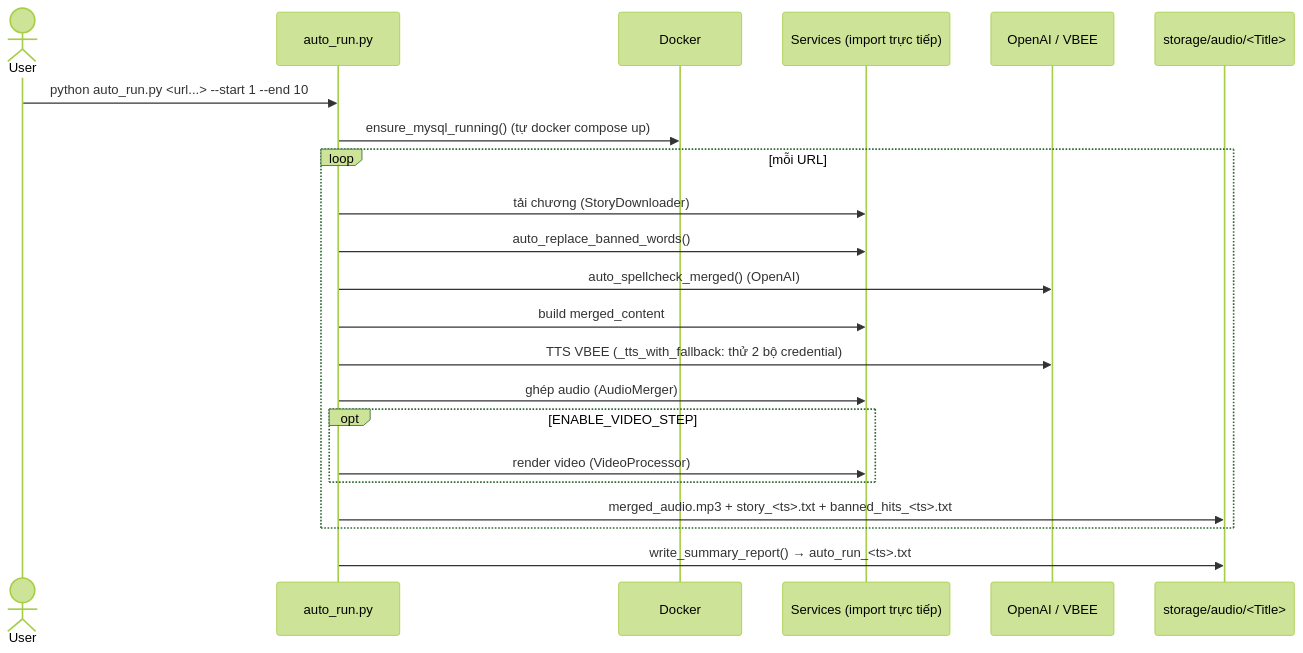
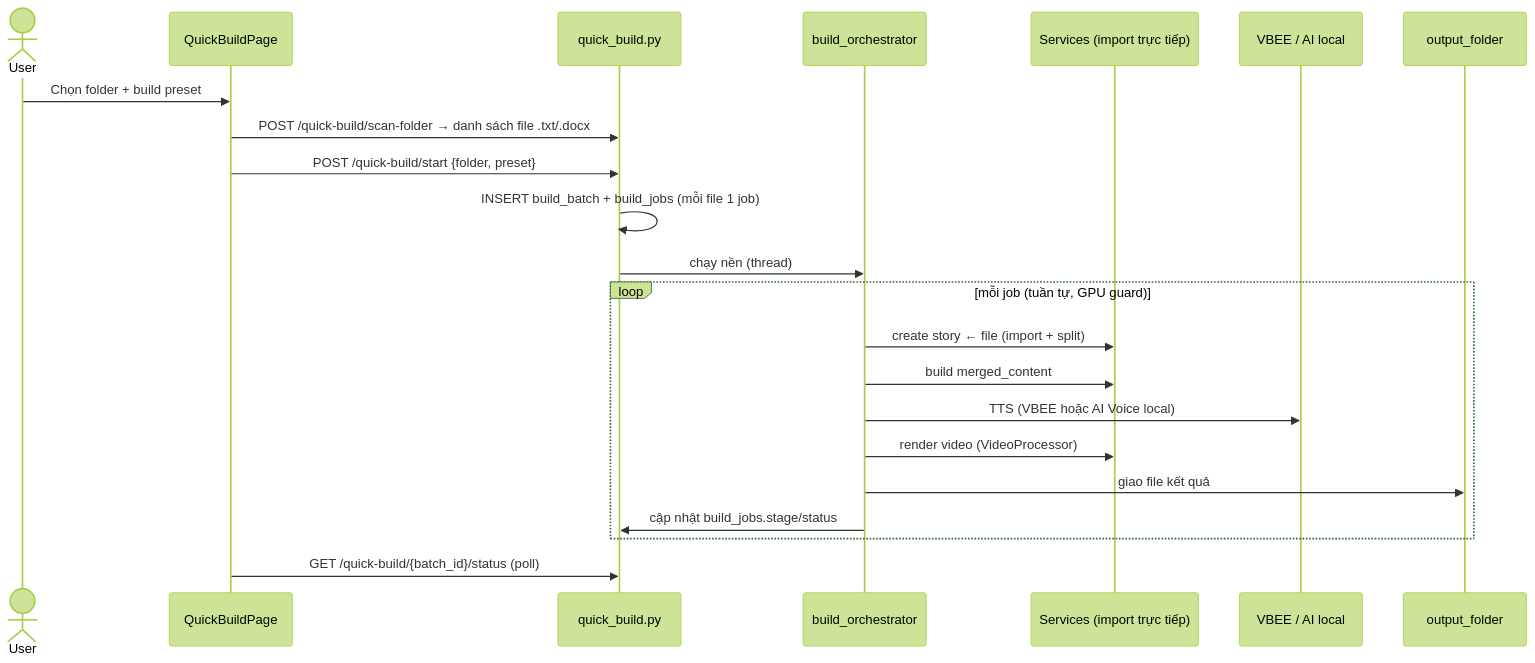
The eighth of 8 diagrams in docs/PROJECT_DOCUMENTATION.md (Duoclv-tech/App-audio-story), drawn with Mermaid (forest theme) before and after one commit. The commit also changed other lines of this file and 4 other files, not shown here.

````diff
--- a/docs/PROJECT_DOCUMENTATION.md
+++ b/docs/PROJECT_DOCUMENTATION.md
@@ -639,25 +682,25 @@
 ```mermaid
 sequenceDiagram
     actor User
-    participant CLI as auto_run.py
-    participant DK as Docker
+    participant FE as QuickBuildPage
+    participant API as quick_build.py
+    participant OR as build_orchestrator
     participant SV as Services (import trực tiếp)
-    participant EXT as OpenAI / VBEE
-    participant FS as storage/audio/<Title>
+    participant EXT as VBEE / AI local
+    participant FS as output_folder
 
-    User->>CLI: python auto_run.py <url...> --start 1 --end 10
-    CLI->>DK: ensure_mysql_running() (tự docker compose up)
-    loop mỗi URL
-        CLI->>SV: tải chương (StoryDownloader)
-        CLI->>SV: auto_replace_banned_words()
-        CLI->>EXT: auto_spellcheck_merged() (OpenAI)
-        CLI->>SV: build merged_content
-        CLI->>EXT: TTS VBEE (_tts_with_fallback: thử 2 bộ credential)
-        CLI->>SV: ghép audio (AudioMerger)
-        opt ENABLE_VIDEO_STEP
-            CLI->>SV: render video (VideoProcessor)
-        end
-        CLI->>FS: merged_audio.mp3 + story_<ts>.txt + banned_hits_<ts>.txt
+    User->>FE: Chọn folder + build preset
+    FE->>API: POST /quick-build/scan-folder → danh sách file .txt/.docx
+    FE->>API: POST /quick-build/start {folder, preset}
+    API->>API: INSERT build_batch + build_jobs (mỗi file 1 job)
+    API->>OR: chạy nền (thread)
+    loop mỗi job (tuần tự, GPU guard)
+        OR->>SV: create story ← file (import + split)
+        OR->>SV: build merged_content
+        OR->>EXT: TTS (VBEE hoặc AI Voice local)
+        OR->>SV: render video (VideoProcessor)
+        OR->>FS: giao file kết quả
+        OR->>API: cập nhật build_jobs.stage/status
     end
-    CLI->>FS: write_summary_report() → auto_run_<ts>.txt
+    FE->>API: GET /quick-build/{batch_id}/status (poll)
 ```
````
